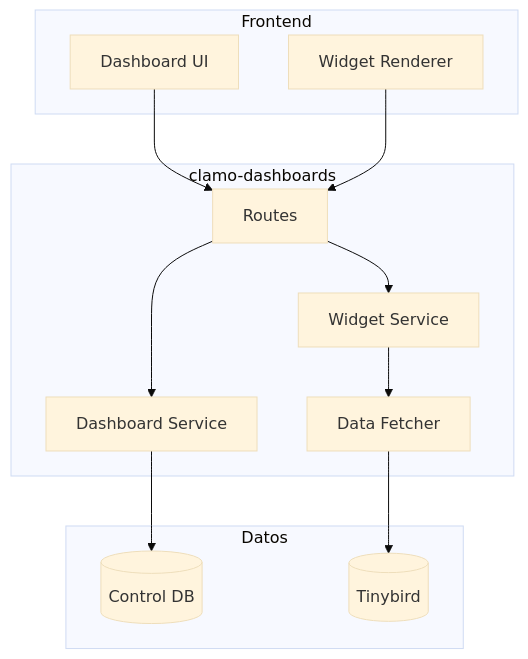
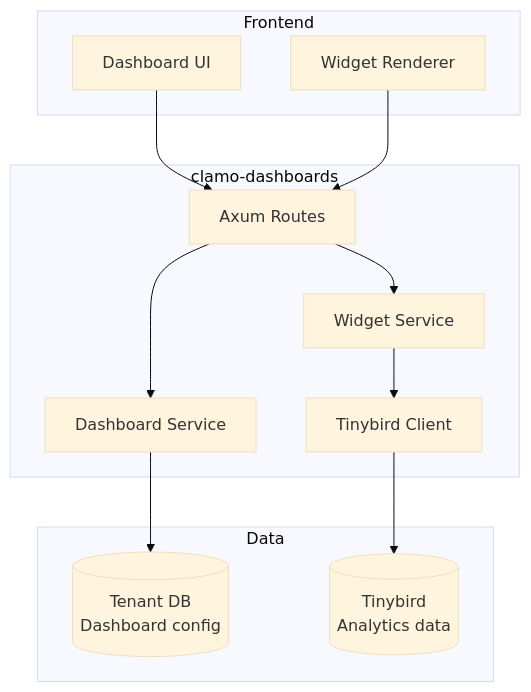
Before and after one commit to GetClamo/docs: the diagram in en/services/clamo-dashboards.mdx, drawn with Mermaid (base theme). The commit also changed other lines of this file and 10 other files, not shown here.

First line of the commit message:
docs: update ask-clamo documentation to reflect unified architecture and profile integration

````diff
--- a/en/services/clamo-dashboards.mdx
+++ b/en/services/clamo-dashboards.mdx
@@ -21,27 +22,27 @@
 ```mermaid
 flowchart TB
     subgraph Frontend [Frontend]
         DashboardUI[Dashboard UI]
         WidgetRenderer[Widget Renderer]
     end
     
     subgraph API [clamo-dashboards]
-        Routes[Routes]
+        Routes[Axum Routes]
         DashboardService[Dashboard Service]
         WidgetService[Widget Service]
-        DataFetcher[Data Fetcher]
+        TinybirdClient[Tinybird Client]
     end
     
-    subgraph Data [Datos]
-        ControlDB[(Control DB)]
-        Tinybird[(Tinybird)]
+    subgraph Data [Data]
+        TenantDB[(Tenant DB<br/>Dashboard config)]
+        Tinybird[(Tinybird<br/>Analytics data)]
     end
     
     DashboardUI --> Routes
     WidgetRenderer --> Routes
     Routes --> DashboardService
     Routes --> WidgetService
-    DashboardService --> ControlDB
-    WidgetService --> DataFetcher
-    DataFetcher --> Tinybird
+    DashboardService --> TenantDB
+    WidgetService --> TinybirdClient
+    TinybirdClient --> Tinybird
 ```
````
